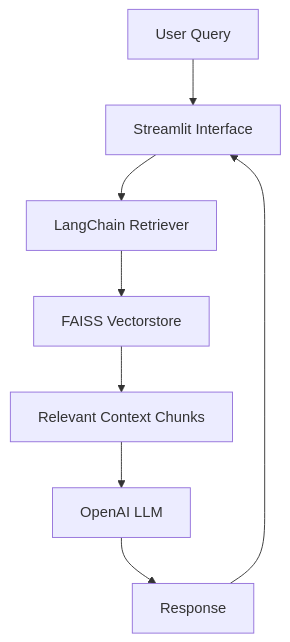
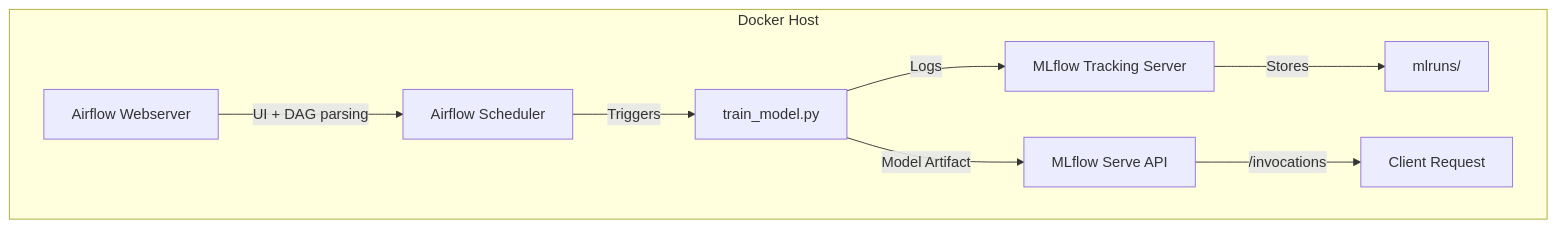
One commit to nikhil-tibrewal/mlops_pipeline changed the diagram in README.md. Above: the diagram before and after it, drawn with Mermaid. The commit also changed other lines of this file, not shown here.

````diff
--- a/README.md
+++ b/README.md
@@ -7,10 +17,11 @@
 ```mermaid
 graph TD
-    A[User Query] --> B[Streamlit Interface]
-    B --> C[LangChain Retriever]
-    C --> D[FAISS Vectorstore]
-    D --> E[Relevant Context Chunks]
-    E --> F[OpenAI LLM]
-    F --> G[Response]
-    G --> B
+  subgraph Docker Host
+    A[Airflow Webserver] -->|UI + DAG parsing| B[Airflow Scheduler]
+    B -->|Triggers| C[train_model.py]
+    C -->|Logs| D[MLflow Tracking Server]
+    D -->|Stores| E[mlruns/]
+    C -->|Model Artifact| F[MLflow Serve API]
+    F -->|/invocations| G[Client Request]
+  end
 ```
````
